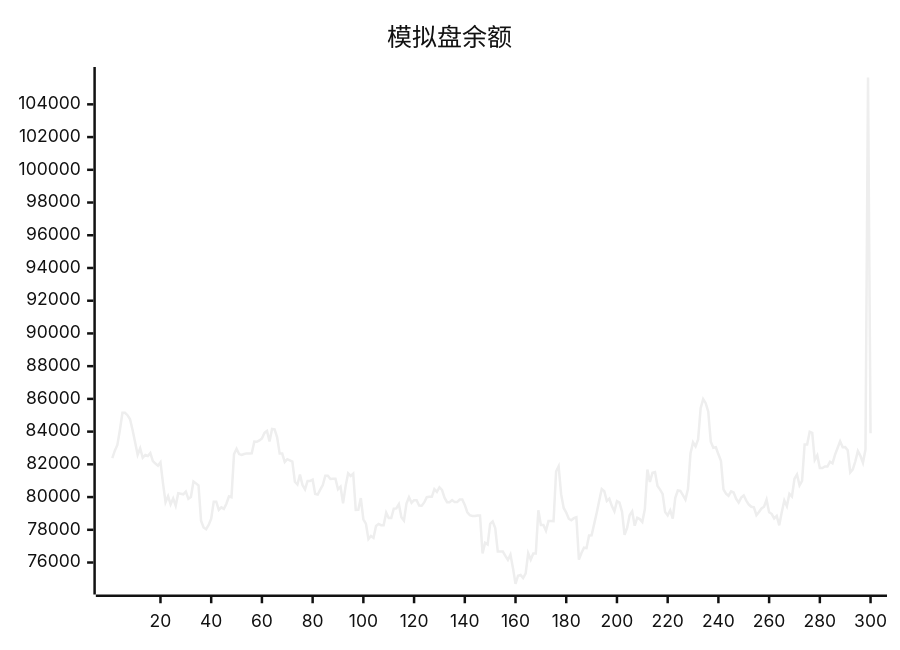
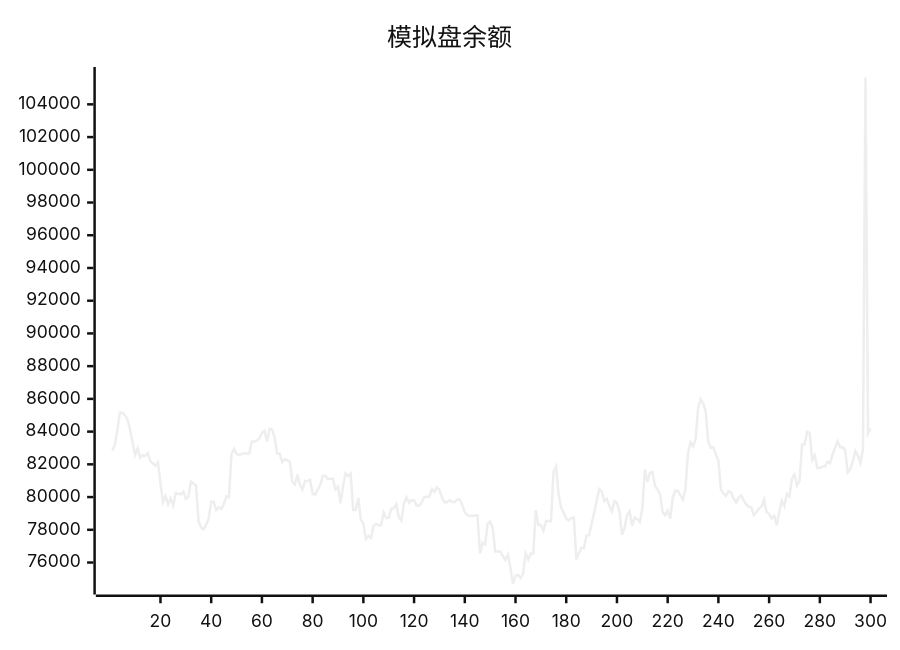
One commit to aahl/ai-trading changed the diagram in README.md. Above: the diagram before and after it, drawn with Mermaid (neutral theme). The commit also changed other lines of this file and 1 other file, not shown here.

````diff
--- a/README.md
+++ b/README.md
@@ -5,5 +5,5 @@
 ```mermaid
 xychart
     title "模拟盘余额"
-    line [82385,82835,83184,84099,85150,85150,85002,84751,84096,83356,82582,82983,82404,82572,82512,82688,82200,82047,81920,82125,80840,79688,80060,79552,79920,79470,80236,80208,80170,80336,79894,80006,80954,80837,80712,78561,78139,78037,78293,78682,79720,79720,79214,79372,79279,79591,80046,79993,82625,82950,82626,82571,82633,82670,82670,82681,83386,83378,83464,83579,83920,84037,83402,84160,84142,83652,82655,82655,82145,82315,82243,82163,80934,80770,81371,80742,80468,80989,80989,81067,80191,80155,80450,80737,81309,81309,81106,81119,81119,80471,80631,79624,80670,81448,81290,81429,79212,79222,79940,78643,78380,77432,77623,77504,78235,78358,78284,78277,79048,78714,78714,79290,79308,79567,78763,78563,79603,79988,79652,79813,79813,79476,79469,79673,79995,80015,80015,80486,80314,80600,80436,79966,79689,79689,79819,79692,79692,79850,79850,79518,79071,78889,78850,78850,78878,78878,76554,77202,77103,78357,78510,78106,76678,76677,76672,76411,76159,76485,75656,74695,75197,75246,75052,75334,76564,76179,76553,76551,79196,78300,78300,77944,78531,78531,78521,81564,81884,80160,79335,79055,78675,78580,78708,78764,76179,76586,76902,76876,77658,77669,78346,79023,79769,80497,80366,79761,79896,79448,79126,79749,79658,79097,77695,78114,78888,79126,78249,78738,78653,78478,79271,81680,80923,81488,81527,80681,80455,80190,79084,78879,79193,78686,79954,80403,80374,80118,79848,80491,82665,83351,83098,83525,85430,85983,85737,85221,83378,83014,83043,82613,82216,80477,80208,80081,80348,80277,79894,79670,79965,80093,79786,79542,79406,79371,78893,79087,79304,79406,79841,79072,78978,78696,78846,78272,79085,79787,79442,80198,80031,81120,81379,80718,80985,83214,83212,83993,83921,82270,82547,81776,81776,81866,81866,82158,82061,82596,83000,83408,83041,83050,82858,81503,81691,82188,82812,82517,82092,82901,105633,83898]
+    line [82835,83184,84099,85150,85150,85002,84751,84096,83356,82582,82983,82404,82572,82512,82688,82200,82047,81920,82125,80840,79688,80060,79552,79920,79470,80236,80208,80170,80336,79894,80006,80954,80837,80712,78561,78139,78037,78293,78682,79720,79720,79214,79372,79279,79591,80046,79993,82625,82950,82626,82571,82633,82670,82670,82681,83386,83378,83464,83579,83920,84037,83402,84160,84142,83652,82655,82655,82145,82315,82243,82163,80934,80770,81371,80742,80468,80989,80989,81067,80191,80155,80450,80737,81309,81309,81106,81119,81119,80471,80631,79624,80670,81448,81290,81429,79212,79222,79940,78643,78380,77432,77623,77504,78235,78358,78284,78277,79048,78714,78714,79290,79308,79567,78763,78563,79603,79988,79652,79813,79813,79476,79469,79673,79995,80015,80015,80486,80314,80600,80436,79966,79689,79689,79819,79692,79692,79850,79850,79518,79071,78889,78850,78850,78878,78878,76554,77202,77103,78357,78510,78106,76678,76677,76672,76411,76159,76485,75656,74695,75197,75246,75052,75334,76564,76179,76553,76551,79196,78300,78300,77944,78531,78531,78521,81564,81884,80160,79335,79055,78675,78580,78708,78764,76179,76586,76902,76876,77658,77669,78346,79023,79769,80497,80366,79761,79896,79448,79126,79749,79658,79097,77695,78114,78888,79126,78249,78738,78653,78478,79271,81680,80923,81488,81527,80681,80455,80190,79084,78879,79193,78686,79954,80403,80374,80118,79848,80491,82665,83351,83098,83525,85430,85983,85737,85221,83378,83014,83043,82613,82216,80477,80208,80081,80348,80277,79894,79670,79965,80093,79786,79542,79406,79371,78893,79087,79304,79406,79841,79072,78978,78696,78846,78272,79085,79787,79442,80198,80031,81120,81379,80718,80985,83214,83212,83993,83921,82270,82547,81776,81776,81866,81866,82158,82061,82596,83000,83408,83041,83050,82858,81503,81691,82188,82812,82517,82092,82901,105633,83898,84180]
 ```
````
